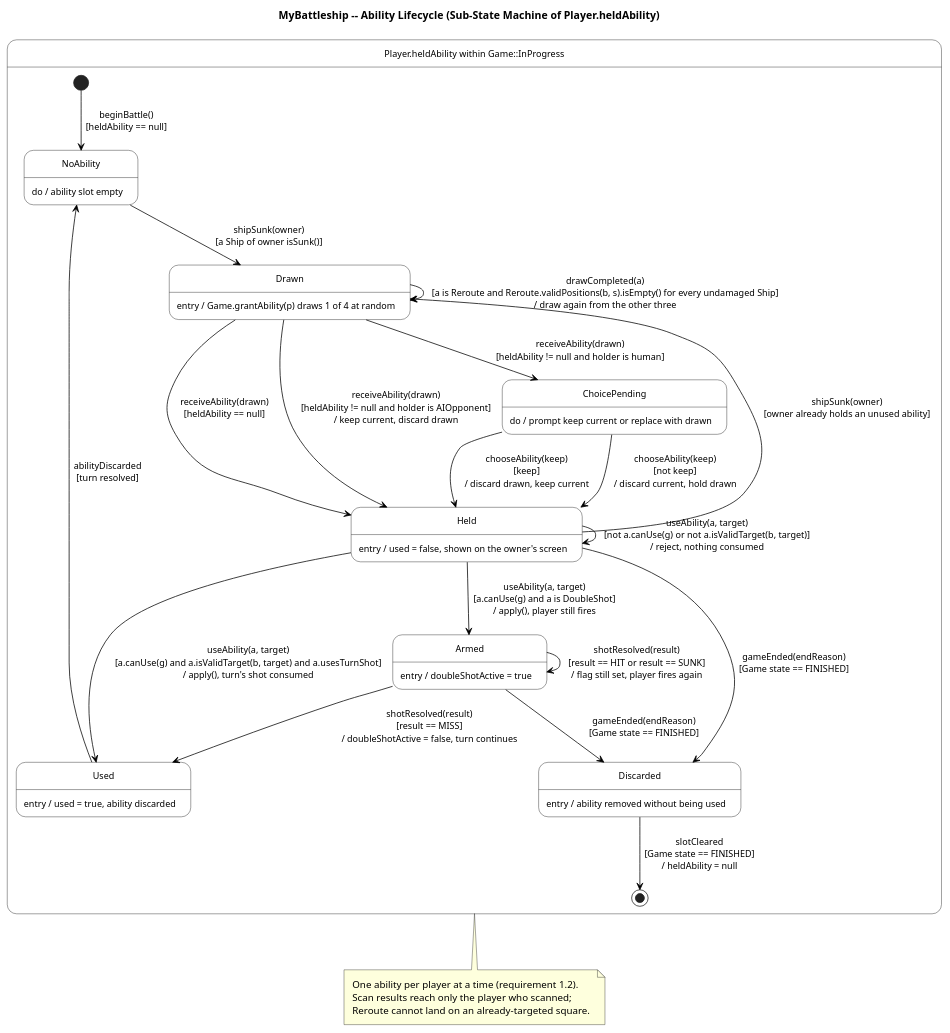
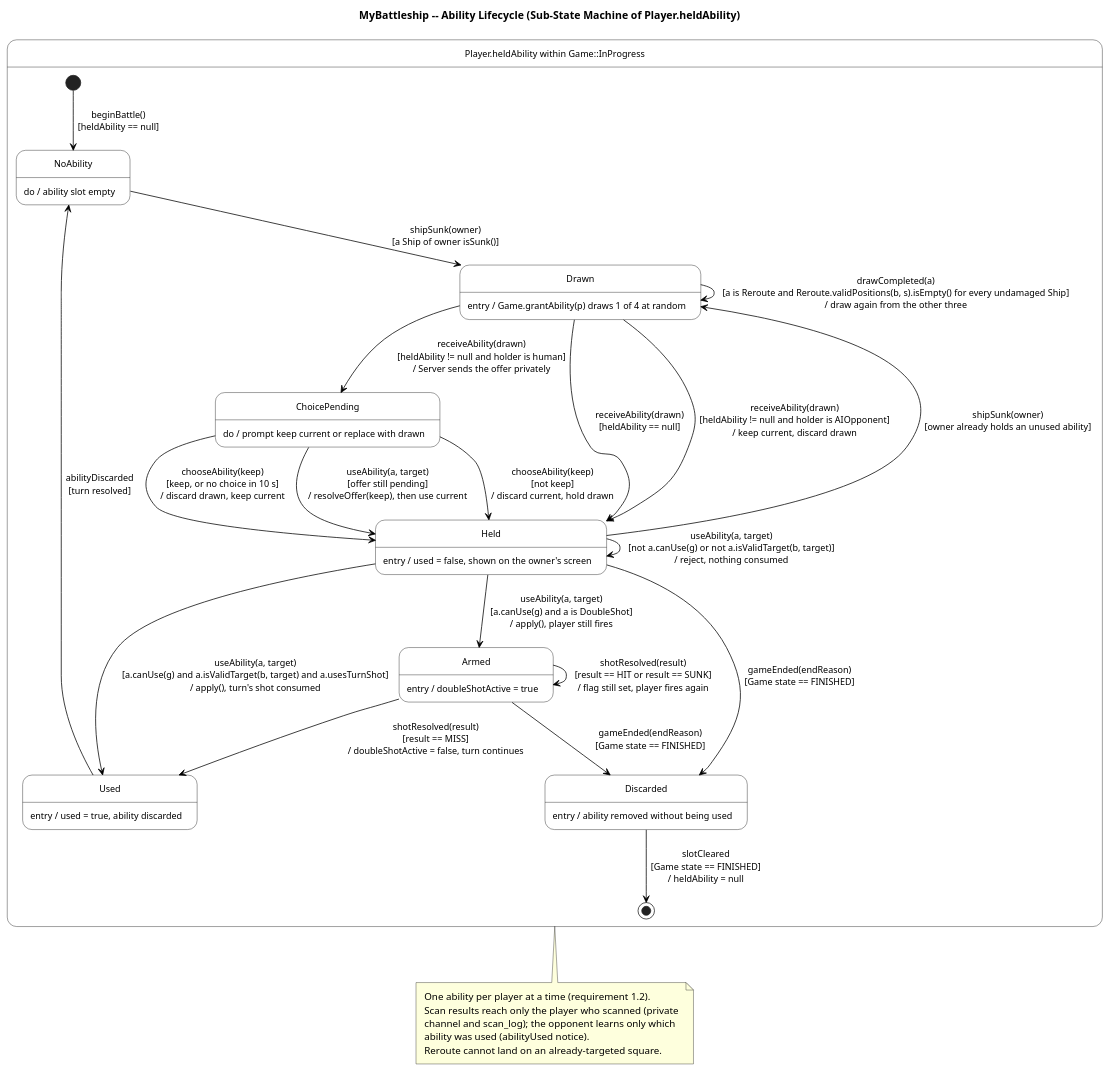
One commit to queeeety/battleship-online changed the diagram in docs/uml/state/ability.puml. Above: the diagram before and after it, drawn with PlantUML. The commit also changed 6 other files, not shown here.

Commit message:
Update UML for Stage 7

```diff
--- a/docs/uml/state/ability.puml
+++ b/docs/uml/state/ability.puml
@@ -1,61 +1,64 @@
 @startuml 4_3_Ability_SubStateDiagram
 ' MyBattleship -- GroupXXAssign2.pdf, section 4.3: Ability (sub-state diagram)
 ' Expands Player.heldAbility within Game::InProgress. Covers UC4 Use Ability.
 title MyBattleship -- Ability Lifecycle (Sub-State Machine of Player.heldAbility)
 
 hide empty description
 skinparam nodesep 55
 skinparam ranksep 75
 skinparam padding 5
 skinparam defaultFontSize 13
 skinparam ArrowFontSize 12
 skinparam StateFontSize 14
 skinparam StateAttributeFontSize 12
 skinparam state {
   BackgroundColor White
   BorderColor Black
   ArrowColor Black
 }
 
 state "Player.heldAbility within Game::InProgress" as Lifecycle {
 
   [*] --> NoAbility : beginBattle()\n[heldAbility == null]
 
   state NoAbility : do / ability slot empty
   state Drawn : entry / Game.grantAbility(p) draws 1 of 4 at random
   state Held : entry / used = false, shown on the owner's screen
   state ChoicePending : do / prompt keep current or replace with drawn
   state Armed : entry / doubleShotActive = true
   state Used : entry / used = true, ability discarded
   state Discarded : entry / ability removed without being used
 
   NoAbility --> Drawn : shipSunk(owner)\n[a Ship of owner isSunk()]
   Held --> Drawn : shipSunk(owner)\n[owner already holds an unused ability]
 
   Drawn --> Drawn : drawCompleted(a)\n[a is Reroute and Reroute.validPositions(b, s).isEmpty() for every undamaged Ship]\n/ draw again from the other three
   Drawn --> Held : receiveAbility(drawn)\n[heldAbility == null]
-  Drawn --> ChoicePending : receiveAbility(drawn)\n[heldAbility != null and holder is human]
+  Drawn --> ChoicePending : receiveAbility(drawn)\n[heldAbility != null and holder is human]\n/ Server sends the offer privately
   Drawn --> Held : receiveAbility(drawn)\n[heldAbility != null and holder is AIOpponent]\n/ keep current, discard drawn
 
   ChoicePending --> Held : chooseAbility(keep)\n[not keep]\n/ discard current, hold drawn
-  ChoicePending --> Held : chooseAbility(keep)\n[keep]\n/ discard drawn, keep current
+  ChoicePending --> Held : chooseAbility(keep)\n[keep, or no choice in 10 s]\n/ discard drawn, keep current
+  ChoicePending --> Held : useAbility(a, target)\n[offer still pending]\n/ resolveOffer(keep), then use current
 
   Held --> Held : useAbility(a, target)\n[not a.canUse(g) or not a.isValidTarget(b, target)]\n/ reject, nothing consumed
   Held --> Used : useAbility(a, target)\n[a.canUse(g) and a.isValidTarget(b, target) and a.usesTurnShot]\n/ apply(), turn's shot consumed
   Held --> Armed : useAbility(a, target)\n[a.canUse(g) and a is DoubleShot]\n/ apply(), player still fires
 
   Armed --> Used : shotResolved(result)\n[result == MISS]\n/ doubleShotActive = false, turn continues
   Armed --> Armed : shotResolved(result)\n[result == HIT or result == SUNK]\n/ flag still set, player fires again
 
   Used --> NoAbility : abilityDiscarded\n[turn resolved]
   Held --> Discarded : gameEnded(endReason)\n[Game state == FINISHED]
   Armed --> Discarded : gameEnded(endReason)\n[Game state == FINISHED]
   Discarded --> [*] : slotCleared\n[Game state == FINISHED]\n/ heldAbility = null
 }
 
 note bottom of Lifecycle
   One ability per player at a time (requirement 1.2).
-  Scan results reach only the player who scanned;
+  Scan results reach only the player who scanned (private
+  channel and scan_log); the opponent learns only which
+  ability was used (abilityUsed notice).
   Reroute cannot land on an already-targeted square.
 end note
 @enduml
```
